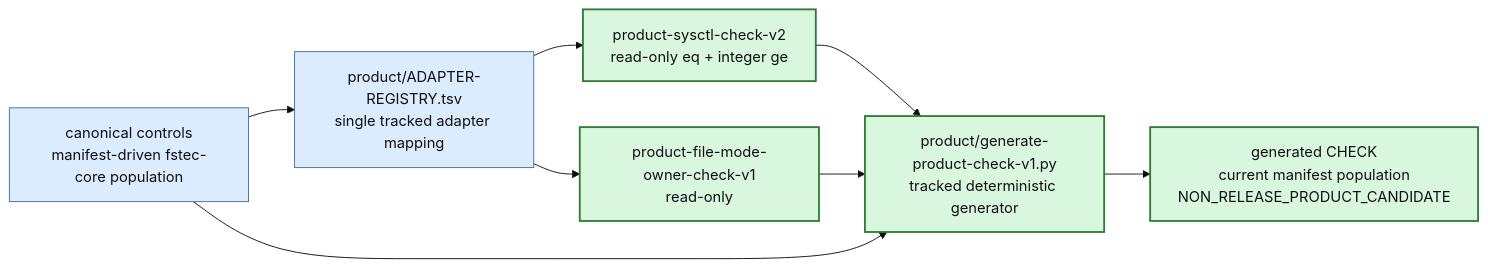
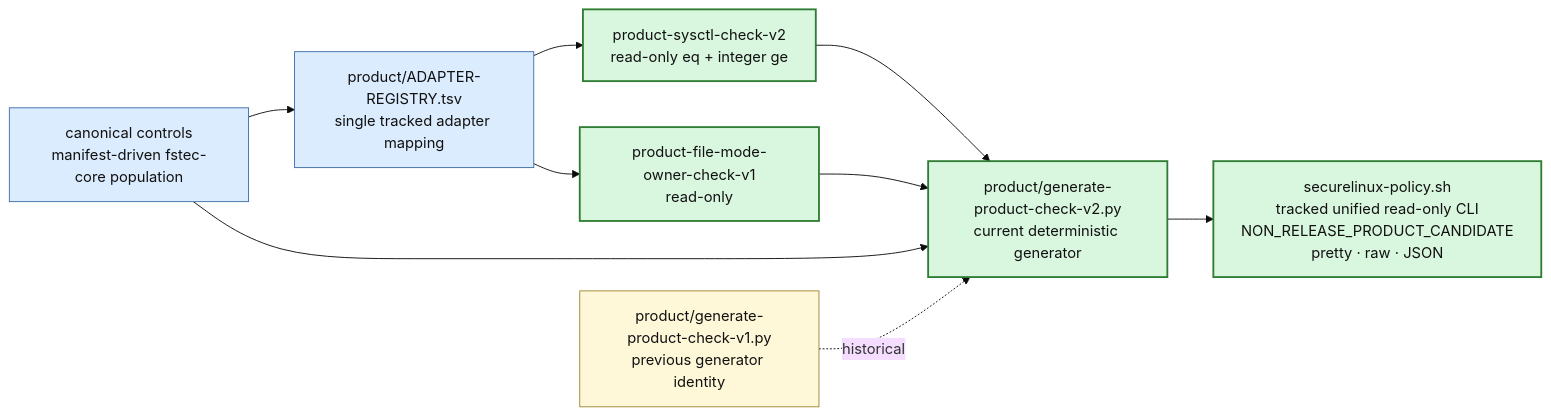
One commit to rasav65/SecureLinux-Policy changed the third of 6 diagrams in docs/PROJECT-MAP-v3.md. Above: the diagram before and after it, drawn with Mermaid (base theme). The commit also changed other lines of this file and 16 other files, not shown here.

Commit message:
product: добавить единый read-only CLI и быстрый старт

````diff
--- a/docs/PROJECT-MAP-v3.md
+++ b/docs/PROJECT-MAP-v3.md
@@ -196,19 +196,22 @@
 ```mermaid
 flowchart LR
     CTRLNOW["canonical controls<br/>manifest-driven fstec-core population"]:::component
     REG["product/ADAPTER-REGISTRY.tsv<br/>single tracked adapter mapping"]:::component
     SYS["product-sysctl-check-v2<br/>read-only eq + integer ge"]:::closed
     FILE["product-file-mode-owner-check-v1<br/>read-only"]:::closed
-    GEN["product/generate-product-check-v1.py<br/>tracked deterministic generator"]:::closed
-    CHECK["generated CHECK<br/>current manifest population<br/>NON_RELEASE_PRODUCT_CANDIDATE"]:::closed
+    GEN1["product/generate-product-check-v1.py<br/>previous generator identity"]:::note
+    GEN2["product/generate-product-check-v2.py<br/>current deterministic generator"]:::closed
+    CLI["securelinux-policy.sh<br/>tracked unified read-only CLI<br/>NON_RELEASE_PRODUCT_CANDIDATE<br/>pretty · raw · JSON"]:::closed
 
     CTRLNOW --> REG
     REG --> SYS
     REG --> FILE
-    SYS --> GEN
-    FILE --> GEN
-    CTRLNOW --> GEN --> CHECK
+    SYS --> GEN2
+    FILE --> GEN2
+    CTRLNOW --> GEN2 --> CLI
+    GEN1 -. historical .-> GEN2
 
     classDef closed fill:#d9f7df,stroke:#2f7d32,color:#111,stroke-width:2px;
     classDef component fill:#dcecff,stroke:#3e6ea8,color:#111;
+    classDef note fill:#fff8d8,stroke:#9d8730,color:#111;
 ```
````
